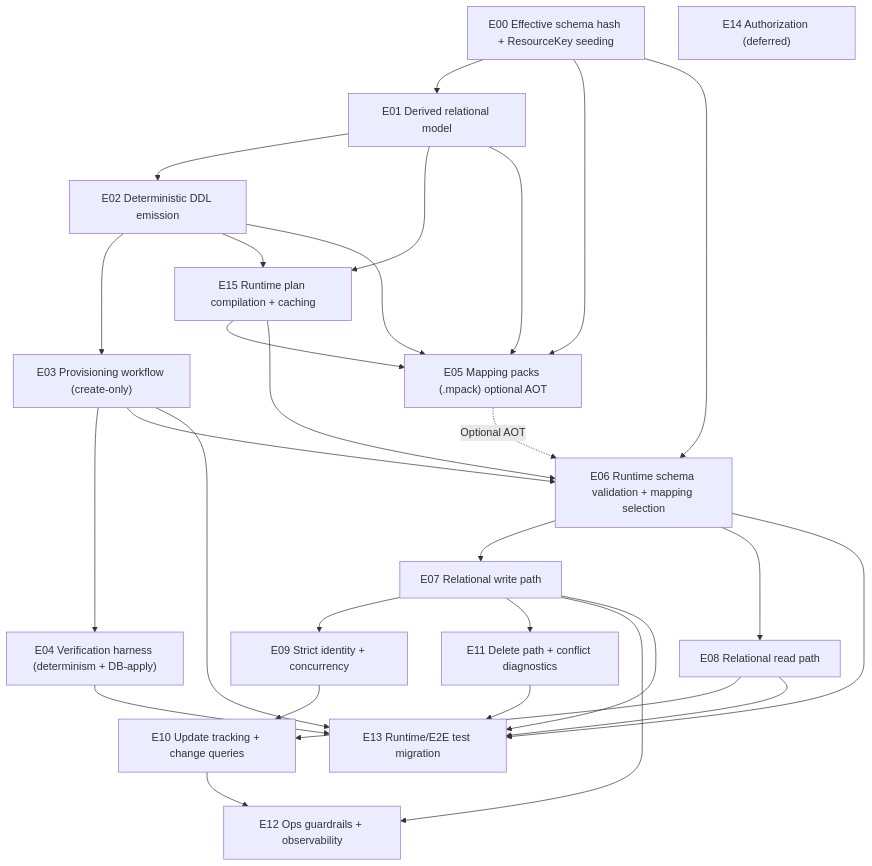
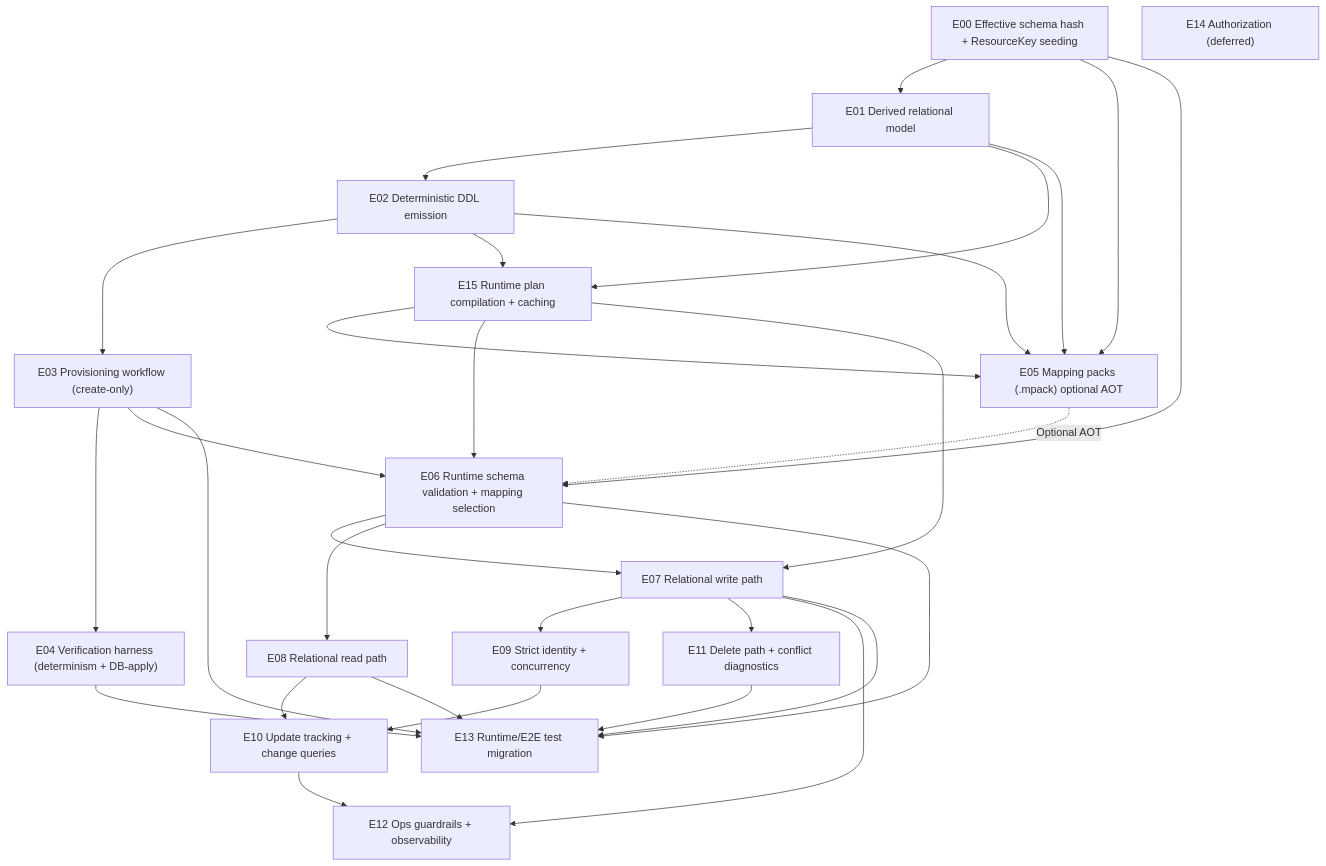
One commit to Ed-Fi-Alliance-OSS/Data-Management-Service changed the diagram in reference/design/backend-redesign/epics/DEPENDENCIES.md. Above: the diagram before and after it, drawn with Mermaid. The commit also changed other lines of this file and 45 other files, not shown here.

````diff
--- a/reference/design/backend-redesign/epics/DEPENDENCIES.md
+++ b/reference/design/backend-redesign/epics/DEPENDENCIES.md
@@ -25,49 +25,50 @@
 ```mermaid
 graph TD
   E00["E00 Effective schema hash + ResourceKey seeding"]
   E01["E01 Derived relational model"]
   E02["E02 Deterministic DDL emission"]
   E03["E03 Provisioning workflow (create-only)"]
   E04["E04 Verification harness (determinism + DB-apply)"]
   E05["E05 Mapping packs (.mpack) optional AOT"]
   E06["E06 Runtime schema validation + mapping selection"]
   E07["E07 Relational write path"]
   E08["E08 Relational read path"]
   E09["E09 Strict identity + concurrency"]
   E10["E10 Update tracking + change queries"]
   E11["E11 Delete path + conflict diagnostics"]
   E12["E12 Ops guardrails + observability"]
   E13["E13 Runtime/E2E test migration"]
   E14["E14 Authorization (deferred)"]
   E15["E15 Runtime plan compilation + caching"]
 
   E00 --> E01 --> E02 --> E03 --> E04
 
   E01 --> E15
   E02 --> E15
 
   E00 --> E05
   E01 --> E05
   E02 --> E05
   E15 --> E05
 
   E00 --> E06
   E03 --> E06
   E15 --> E06
   E05 -. Optional AOT .-> E06
 
   E06 --> E07 --> E09 --> E10
+  E15 --> E07
   E06 --> E08 --> E10
   E07 --> E11
   E07 --> E12
   E10 --> E12
 
   E03 --> E13
   E04 --> E13
   E06 --> E13
   E07 --> E13
   E08 --> E13
   E11 --> E13
 
   E14
 ```
````
